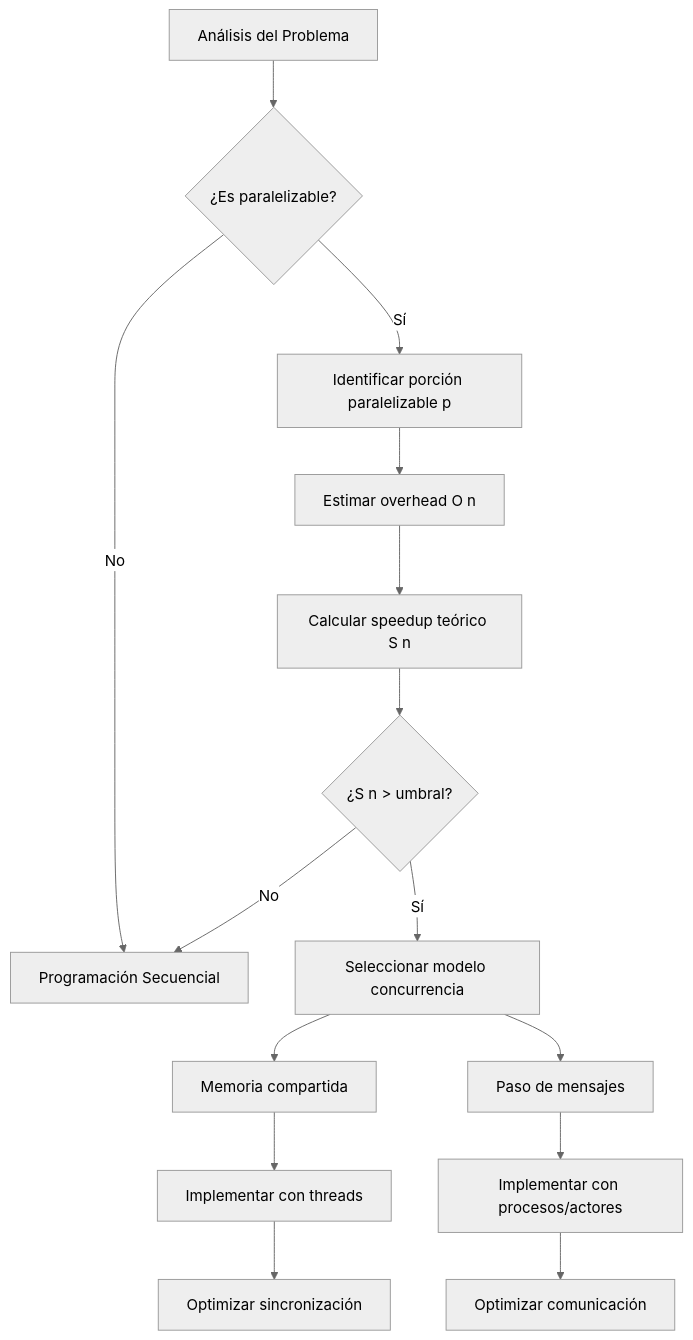
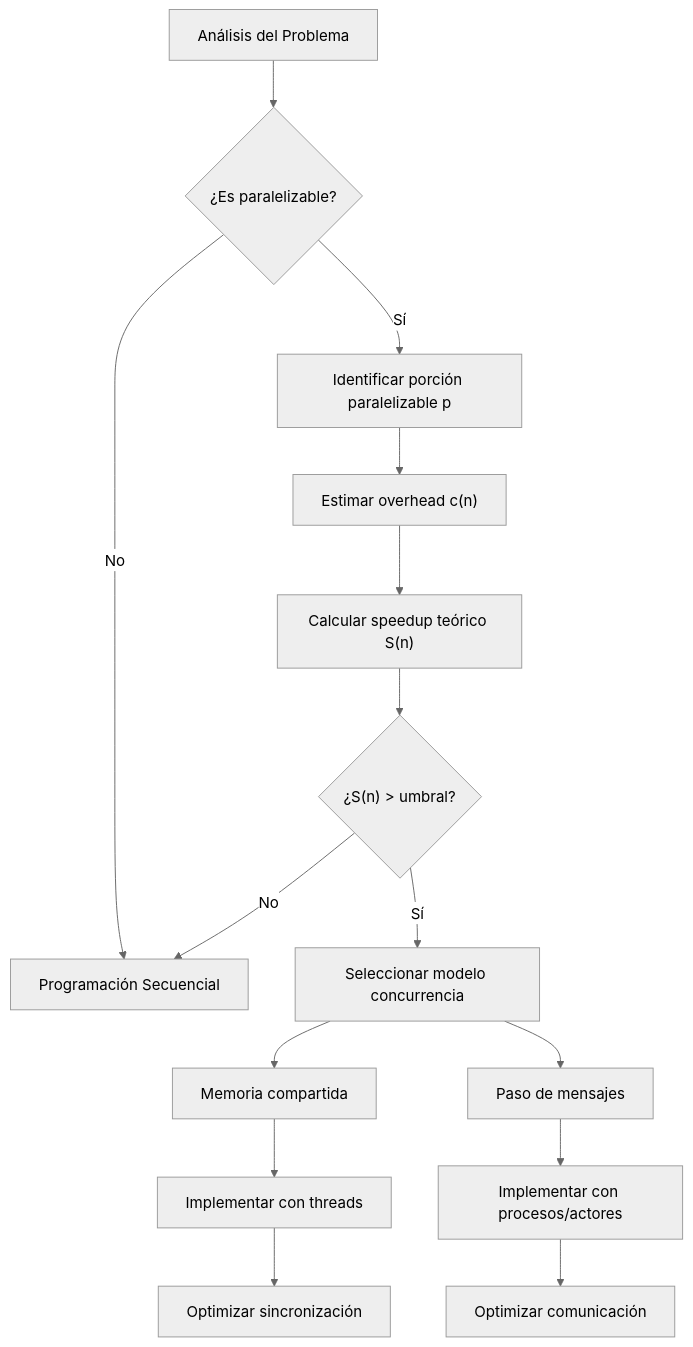
One commit to djaimej/computer-science-template changed the third of 3 diagrams in public/documents/semester-3/3/3352.md. Above: the diagram before and after it, drawn with Mermaid (neutral theme). The commit also changed other lines of this file and 33 other files, not shown here.

````diff
--- a/public/documents/semester-3/3/3352.md
+++ b/public/documents/semester-3/3/3352.md
@@ -300,22 +330,22 @@
 ```mermaid
 flowchart TD
     A[Análisis del Problema] --> B{¿Es paralelizable?}
     B -->|No| C[Programación Secuencial]
     B -->|Sí| D[Identificar porción paralelizable p]
 
-    D --> E[Estimar overhead O n]
-    E --> F[Calcular speedup teórico S n]
+    D --> E["Estimar overhead c(n)"]
+    E --> F["Calcular speedup teórico S(n)"]
 
-    F --> G{¿S n > umbral?}
+    F --> G{"¿S(n) > umbral?"}
     G -->|No| C
     G -->|Sí| H[Seleccionar modelo concurrencia]
 
     H --> I[Memoria compartida]
     H --> J[Paso de mensajes]
 
     I --> K[Implementar con threads]
     J --> L[Implementar con procesos/actores]
 
     K --> M[Optimizar sincronización]
     L --> N[Optimizar comunicación]
 ```
````
